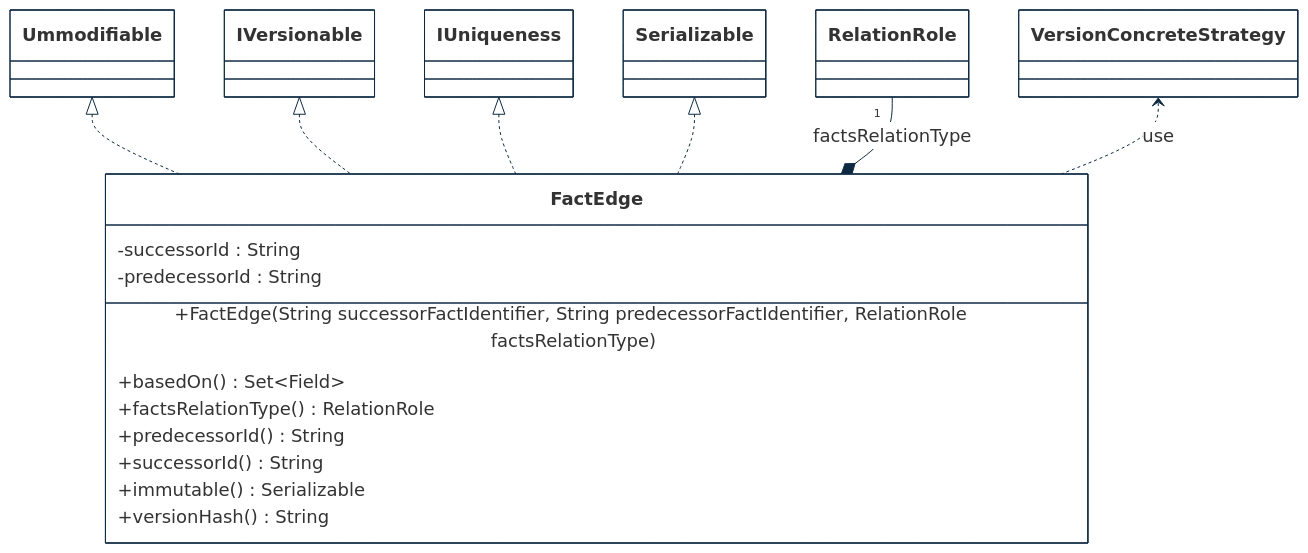
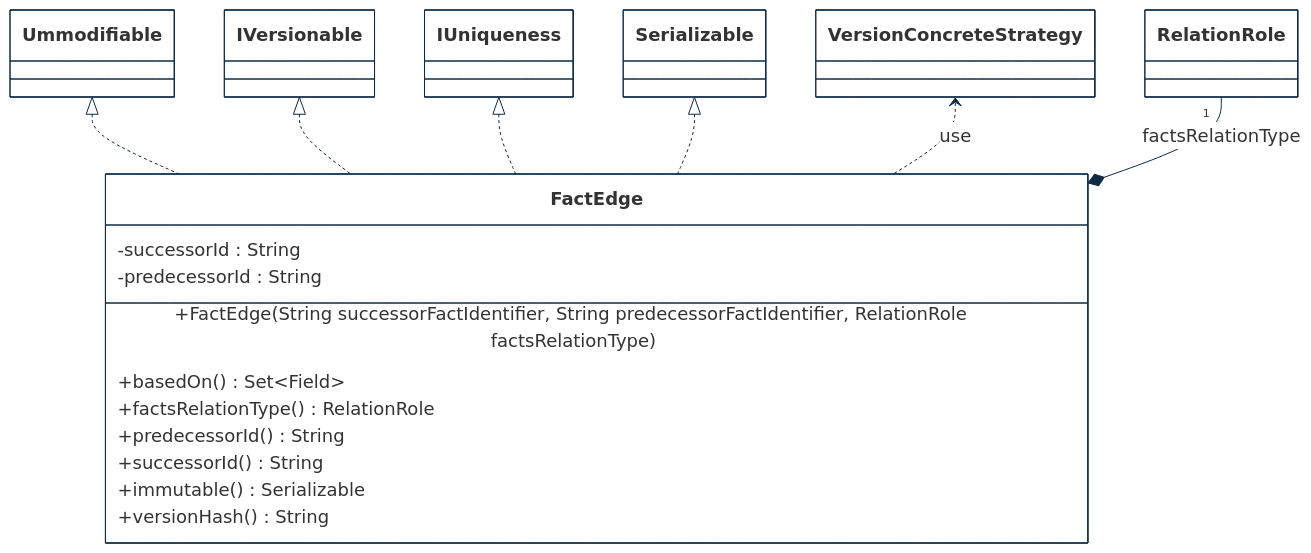
One commit to cybnity/foundation changed the first of 3 diagrams in implementations-line/framework/immutable/designview-packages.md. Above: the diagram before and after it, drawn with Mermaid. The commit also changed other lines of this file, not shown here.

````diff
--- a/implementations-line/framework/immutable/designview-packages.md
+++ b/implementations-line/framework/immutable/designview-packages.md
@@ -15,40 +15,40 @@
 ```mermaid
 %%{
   init: {
     'theme': 'base',
     'themeVariables': {
         'background': '#ffffff',
         'fontFamily': 'arial',
         'fontSize': '18px',
         'primaryColor': '#fff',
         'primaryBorderColor': '#0e2a43',
         'secondaryBorderColor': '#0e2a43',
         'tertiaryBorderColor': '#0e2a43',
         'edgeLabelBackground':'#0e2a43',
         'lineColor': '#0e2a43',
         'tertiaryColor': '#fff'
     }
   }
 }%%
 classDiagram
     Ummodifiable <|.. FactEdge
     IVersionable <|.. FactEdge
     IUniqueness <|.. FactEdge
     Serializable <|.. FactEdge
+    VersionConcreteStrategy <.. FactEdge : use
     RelationRole "1" --* FactEdge : factsRelationType
-    VersionConcreteStrategy <.. FactEdge : use
     class RelationRole {
     }
     class FactEdge {
         -successorId : String
         -predecessorId : String
         +FactEdge(String successorFactIdentifier, String predecessorFactIdentifier, RelationRole factsRelationType)
         +basedOn() Set~Field~
         +factsRelationType() RelationRole
         +predecessorId() String
         +successorId() String
         +immutable() Serializable
         +versionHash() String
     }
 
 ```
````
